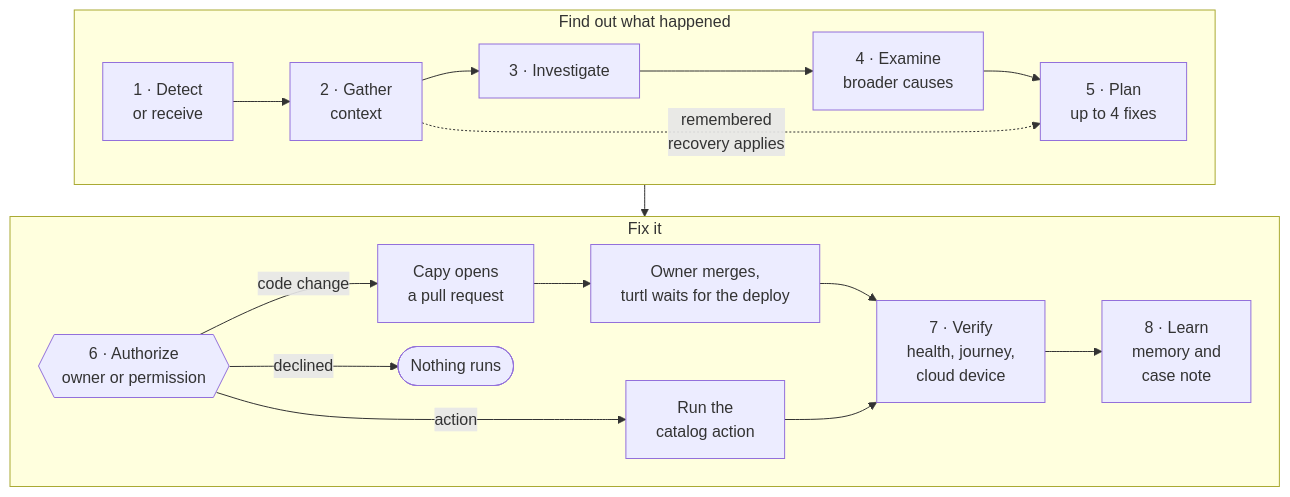
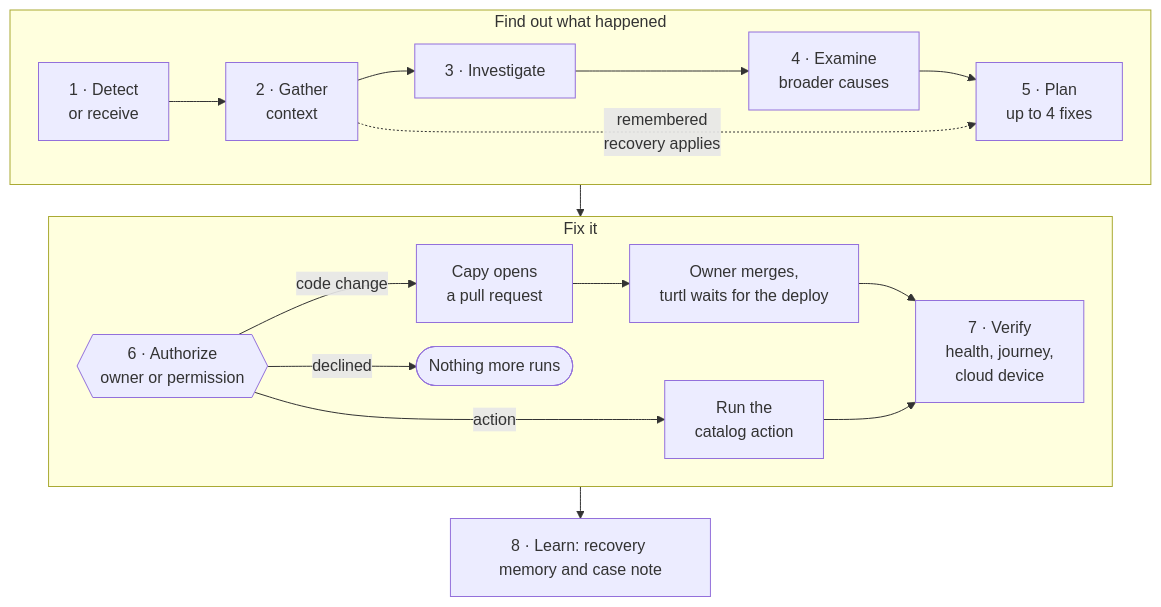
Before and after one commit to ronoktanvir/turtl: the diagram in README.md, drawn with Mermaid.

Commit message:
Keep the case flow diagram clear of the viewer controls

````diff
--- a/README.md
+++ b/README.md
@@ -29,18 +29,18 @@
 ```mermaid
 %%{init: {"flowchart": {"nodeSpacing": 24, "rankSpacing": 32}}}%%
 flowchart TB
     subgraph understand["Find out what happened"]
         direction LR
         detect["1 · Detect<br/>or receive"] --> gather["2 · Gather<br/>context"] --> investigate["3 · Investigate"] --> broader["4 · Examine<br/>broader causes"] --> plan["5 · Plan<br/>up to 4 fixes"]
         gather -. "remembered<br/>recovery applies" .-> plan
     end
     subgraph act["Fix it"]
         direction LR
         approve{{"6 · Authorize<br/>owner or permission"}}
         approve -- "code change" --> pr["Capy opens<br/>a pull request"] --> merge["Owner merges,<br/>turtl waits for the deploy"] --> verify["7 · Verify<br/>health, journey,<br/>cloud device"]
         approve -- "action" --> run["Run the<br/>catalog action"] --> verify
-        approve -- "declined" --> declined(["Nothing runs"])
-        verify --> learn["8 · Learn<br/>memory and<br/>case note"]
+        approve -- "declined" --> declined(["Nothing more runs"])
     end
-    understand --> act
+    learn["8 · Learn: recovery memory and case note"]
+    understand --> act --> learn
 ```
````
